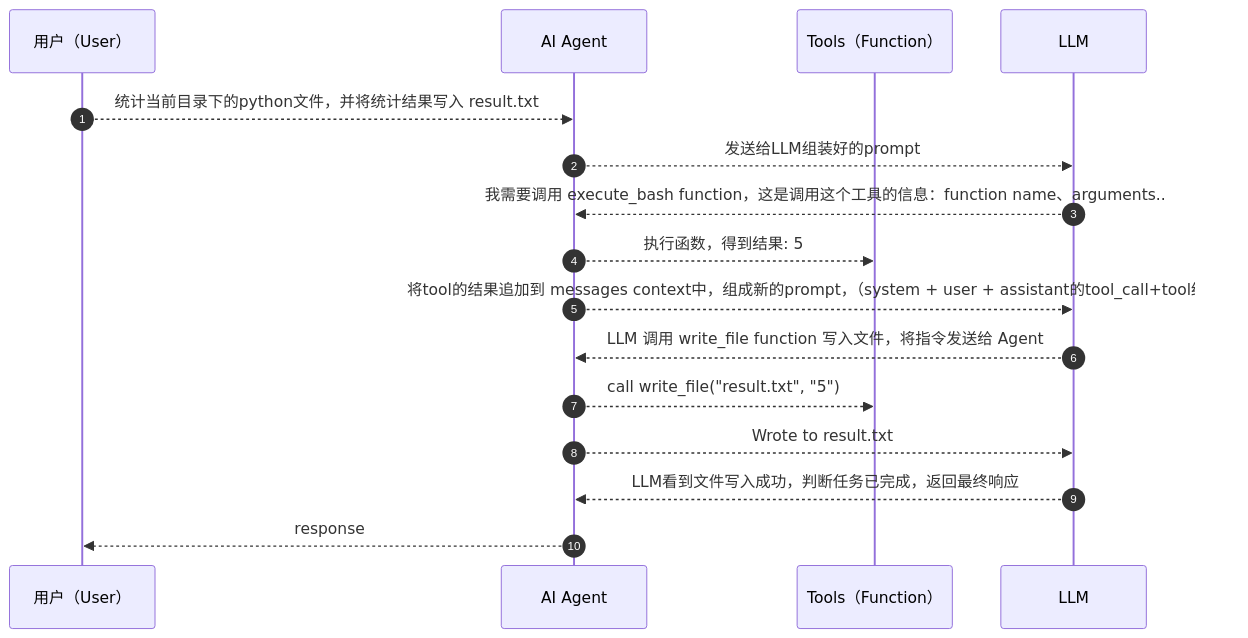
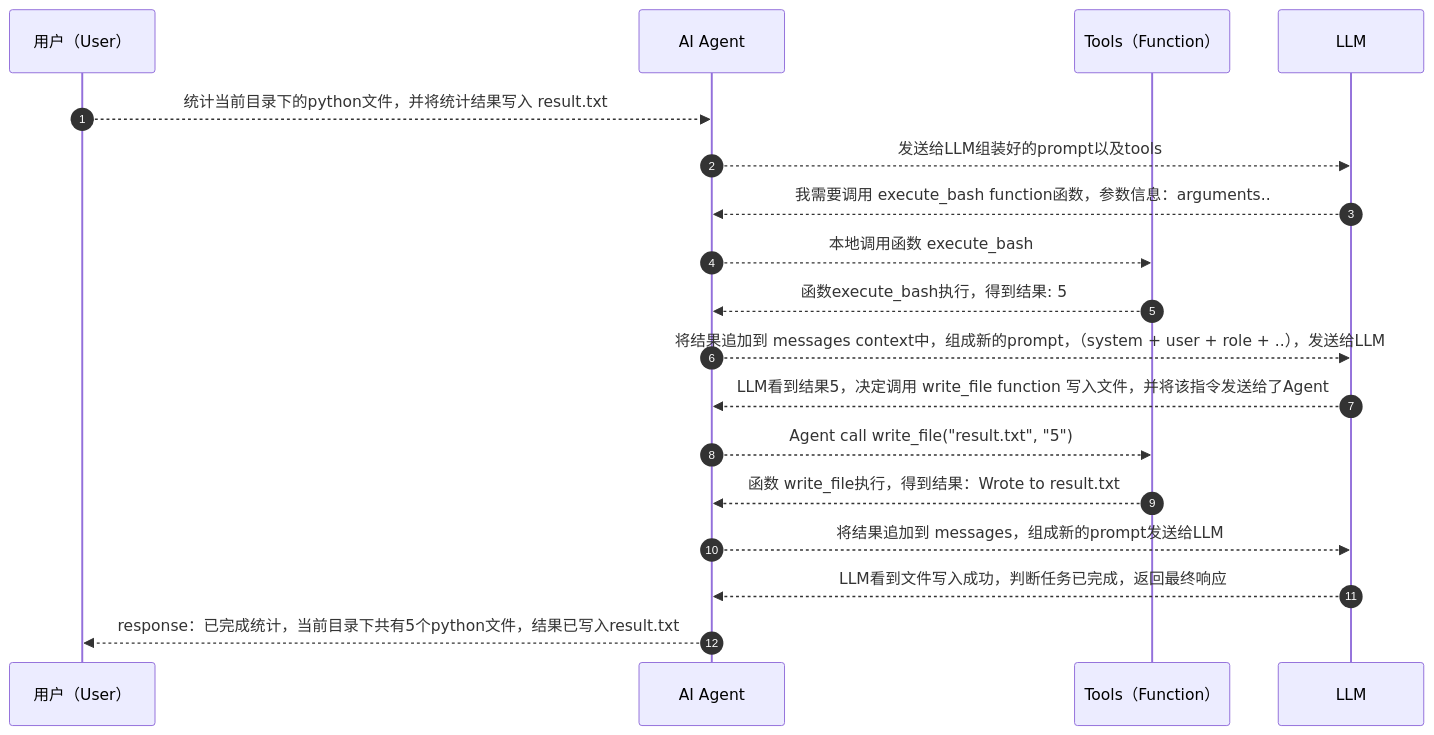
The second of 2 diagrams in 大模型/理解agent-底层原理.md (0x00t0x7f/misc-notes), drawn with Mermaid before and after one commit. The commit also changed other lines of this file, not shown here.

````diff
--- a/大模型/理解agent-底层原理.md
+++ b/大模型/理解agent-底层原理.md
@@ -127,19 +127,21 @@
 ```mermaid
 sequenceDiagram
     autonumber
     participant A as 用户（User）
     participant B as AI Agent
     participant C as Tools（Function）
     participant D as LLM
 
     A -->> B: 统计当前目录下的python文件，并将统计结果写入 result.txt
-    B -->> D: 发送给LLM组装好的prompt
-    D -->> B: 我需要调用 execute_bash function，这是调用这个工具的信息：function name、arguments..
-    B -->> C: 执行函数，得到结果: 5
-    B -->> D: 将tool的结果追加到 messages context中，组成新的prompt，（system + user + assistant的tool_call+tool结果）
-    D -->> B: LLM 调用 write_file function 写入文件，将指令发送给 Agent
-    B -->> C: call write_file("result.txt", "5")
-    B -->> D: Wrote to result.txt
+    B -->> D: 发送给LLM组装好的prompt以及tools
+    D -->> B: 我需要调用 execute_bash function函数，参数信息：arguments..
+    B -->> C: 本地调用函数 execute_bash
+    C -->> B: 函数execute_bash执行，得到结果: 5
+    B -->> D: 将结果追加到 messages context中，组成新的prompt，（system + user + role + ..），发送给LLM
+    D -->> B: LLM看到结果5，决定调用 write_file function 写入文件，并将该指令发送给了Agent
+    B -->> C: Agent call write_file("result.txt", "5")
+    C -->> B: 函数 write_file执行，得到结果：Wrote to result.txt
+    B -->> D: 将结果追加到 messages，组成新的prompt发送给LLM
     D -->> B:LLM看到文件写入成功，判断任务已完成，返回最终响应
-    B -->> A: response
+    B -->> A: response：已完成统计，当前目录下共有5个python文件，结果已写入result.txt
 ```
````
